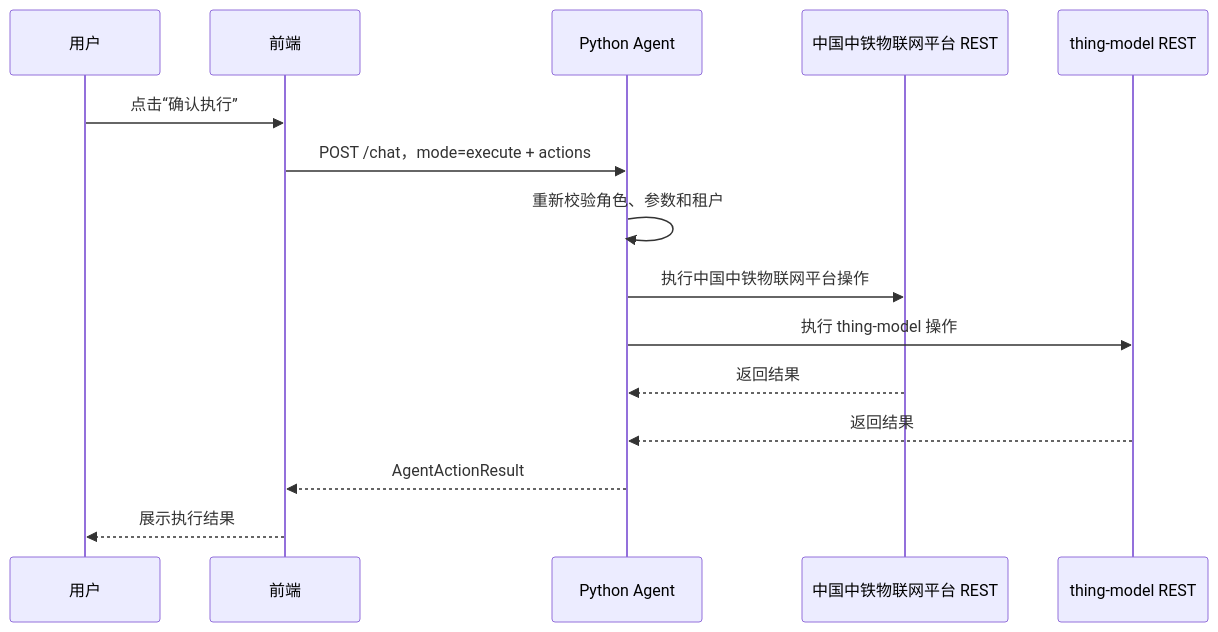
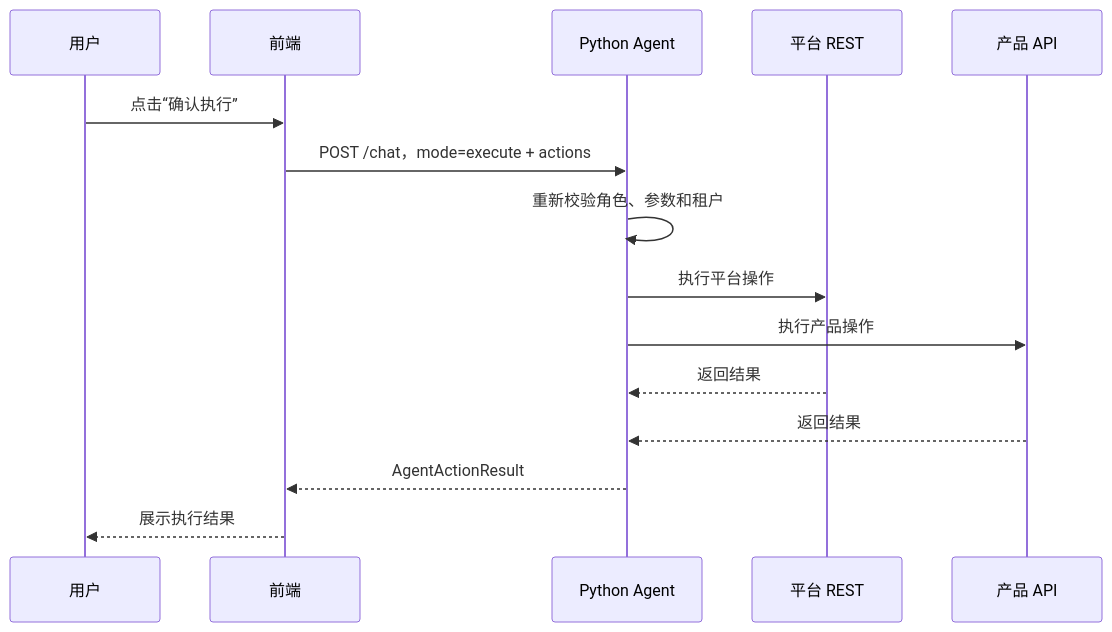
Before and after one commit to beancookie/thingsboard: the third of 3 diagrams in docs/11-AI-Agent对话助手方案.md, drawn with Mermaid. The commit also changed other lines of this file and 30 other files, not shown here.

````diff
--- a/docs/11-AI-Agent对话助手方案.md
+++ b/docs/11-AI-Agent对话助手方案.md
@@ -349,18 +349,18 @@
 ```mermaid
 sequenceDiagram
   participant U as 用户
   participant FE as 前端
   participant A as Python Agent
-  participant TB as 中国中铁物联网平台 REST
-  participant TM as thing-model REST
+  participant TB as 平台 REST
+  participant TM as 产品 API
 
   U->>FE: 点击“确认执行”
   FE->>A: POST /chat，mode=execute + actions
   A->>A: 重新校验角色、参数和租户
-  A->>TB: 执行中国中铁物联网平台操作
-  A->>TM: 执行 thing-model 操作
+  A->>TB: 执行平台操作
+  A->>TM: 执行产品操作
   TB-->>A: 返回结果
   TM-->>A: 返回结果
   A-->>FE: AgentActionResult
   FE-->>U: 展示执行结果
 ```
````
